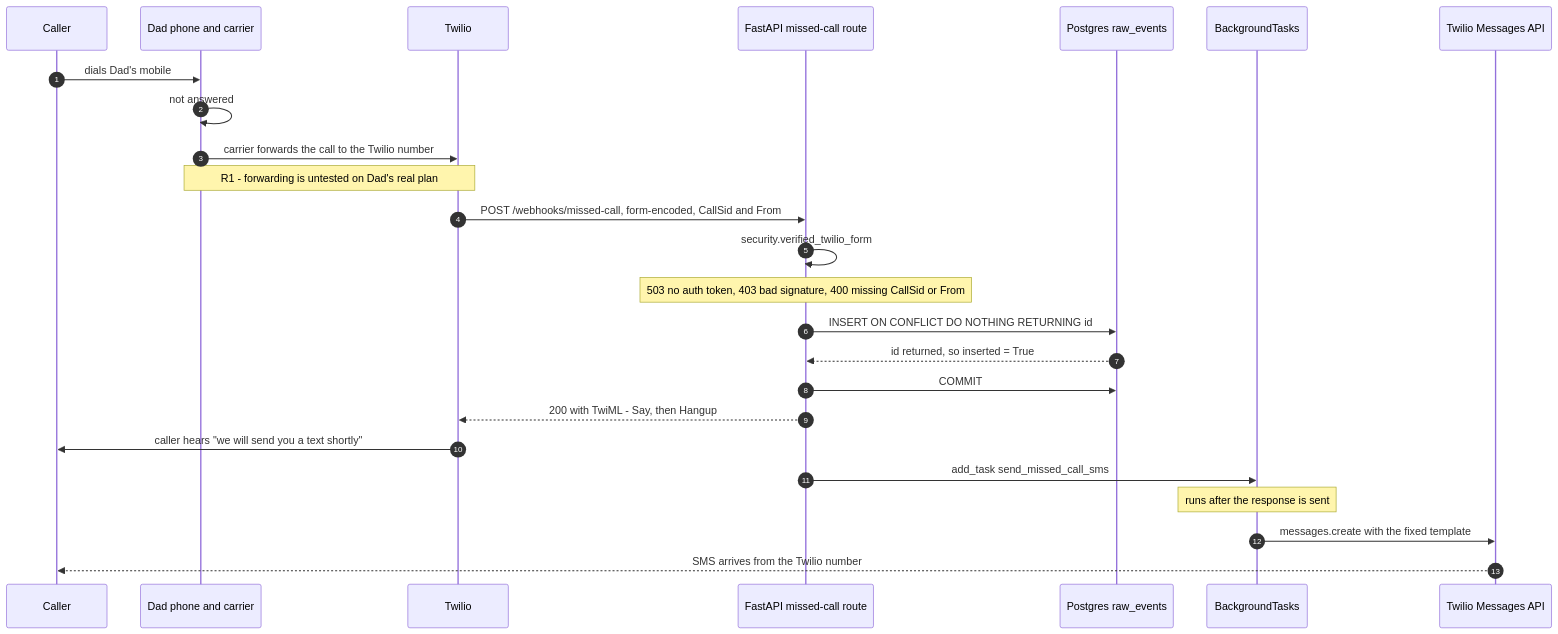
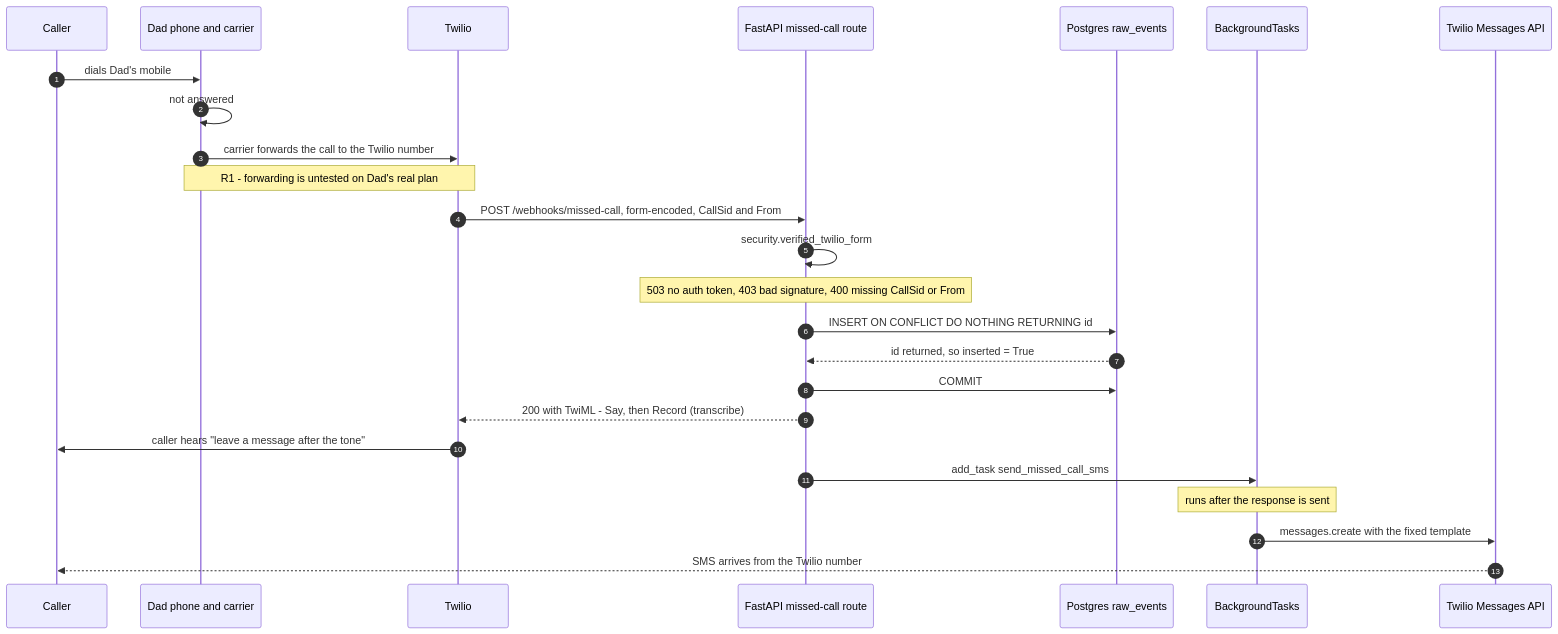
The first of 8 diagrams in docs/11-request-flows.md (Mario8289/agent-ant), drawn with Mermaid before and after one commit. The commit also changed other lines of this file and 17 other files, not shown here.

````diff
--- a/docs/11-request-flows.md
+++ b/docs/11-request-flows.md
@@ -40,28 +41,28 @@
 ```mermaid
 sequenceDiagram
     autonumber
     participant C as Caller
     participant P as Dad phone and carrier
     participant T as Twilio
     participant A as FastAPI missed-call route
     participant DB as Postgres raw_events
     participant BT as BackgroundTasks
     participant TA as Twilio Messages API
 
     C->>P: dials Dad's mobile
     P->>P: not answered
     P->>T: carrier forwards the call to the Twilio number
     Note over P,T: R1 - forwarding is untested on Dad's real plan
     T->>A: POST /webhooks/missed-call, form-encoded, CallSid and From
     A->>A: security.verified_twilio_form
     Note over A: 503 no auth token, 403 bad signature, 400 missing CallSid or From
     A->>DB: INSERT ON CONFLICT DO NOTHING RETURNING id
     DB-->>A: id returned, so inserted = True
     A->>DB: COMMIT
-    A-->>T: 200 with TwiML - Say, then Hangup
-    T->>C: caller hears "we will send you a text shortly"
+    A-->>T: 200 with TwiML - Say, then Record (transcribe)
+    T->>C: caller hears "leave a message after the tone"
     A->>BT: add_task send_missed_call_sms
     Note over BT: runs after the response is sent
     BT->>TA: messages.create with the fixed template
     TA-->>C: SMS arrives from the Twilio number
 ```
````
